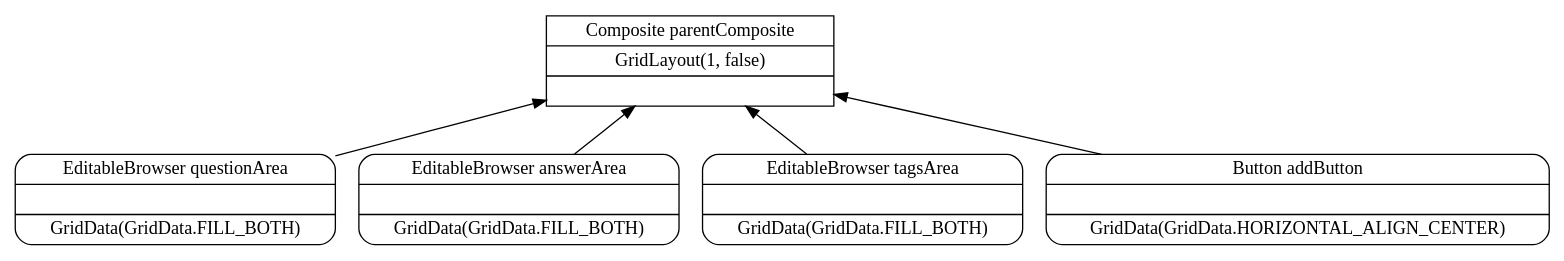
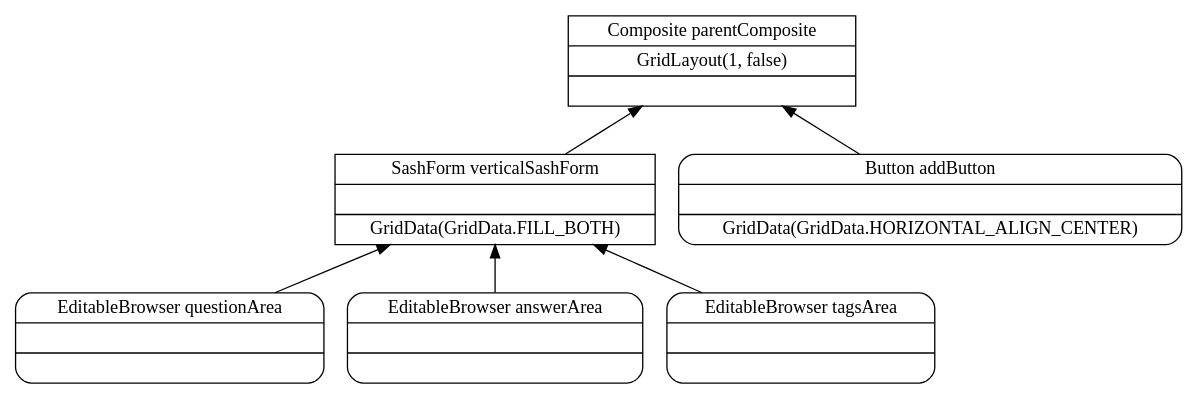
One commit to jeremiedecock/opencal-java changed the diagram in doc/widgets_hierarchy_and_layouts/MakerTab.dot. Above: the diagram before and after it, drawn with Graphviz. The commit also changed 5 other files, not shown here.

Commit message:
Add (vertical) SashForm into MakerTab and ExplorerTab

```diff
--- a/doc/widgets_hierarchy_and_layouts/MakerTab.dot
+++ b/doc/widgets_hierarchy_and_layouts/MakerTab.dot
@@ -1,16 +1,18 @@
 digraph ReviewerTab {
     rankdir = BT;
 
     node [shape = record];
 
     pc [ label = "{Composite parentComposite|GridLayout(1, false)|}" ];
-    aq [ shape = Mrecord, label = "{EditableBrowser questionArea||GridData(GridData.FILL_BOTH)}" ];
-    aa [ shape = Mrecord, label = "{EditableBrowser answerArea||GridData(GridData.FILL_BOTH)}" ];
-    at [ shape = Mrecord, label = "{EditableBrowser tagsArea||GridData(GridData.FILL_BOTH)}" ];
+    sv [ label = "{SashForm verticalSashForm||GridData(GridData.FILL_BOTH)}" ];
+    aq [ shape = Mrecord, label = "{EditableBrowser questionArea||}" ];
+    aa [ shape = Mrecord, label = "{EditableBrowser answerArea||}" ];
+    at [ shape = Mrecord, label = "{EditableBrowser tagsArea||}" ];
     ba [ shape = Mrecord, label = "{Button addButton||GridData(GridData.HORIZONTAL_ALIGN_CENTER)}" ];
 
-    aq -> pc;
-    aa -> pc;
-    at -> pc;
+    sv -> pc;
+    aq -> sv;
+    aa -> sv;
+    at -> sv;
     ba -> pc;
 }
```
